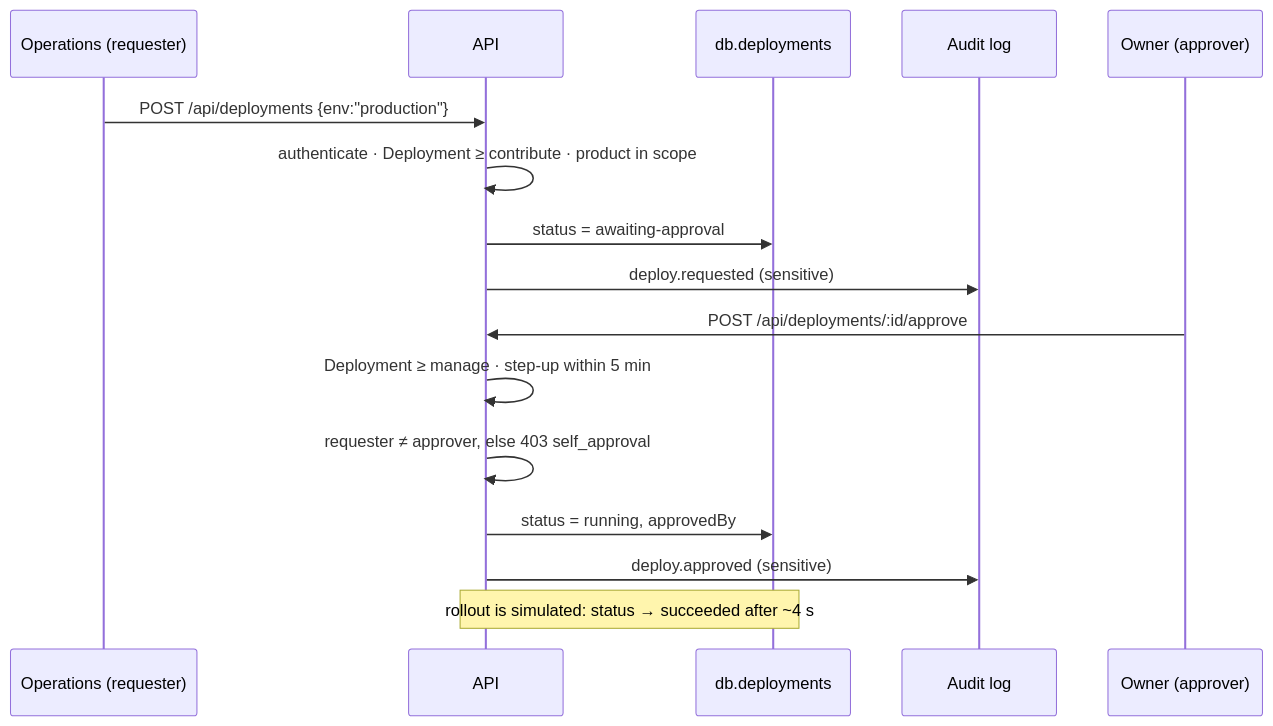
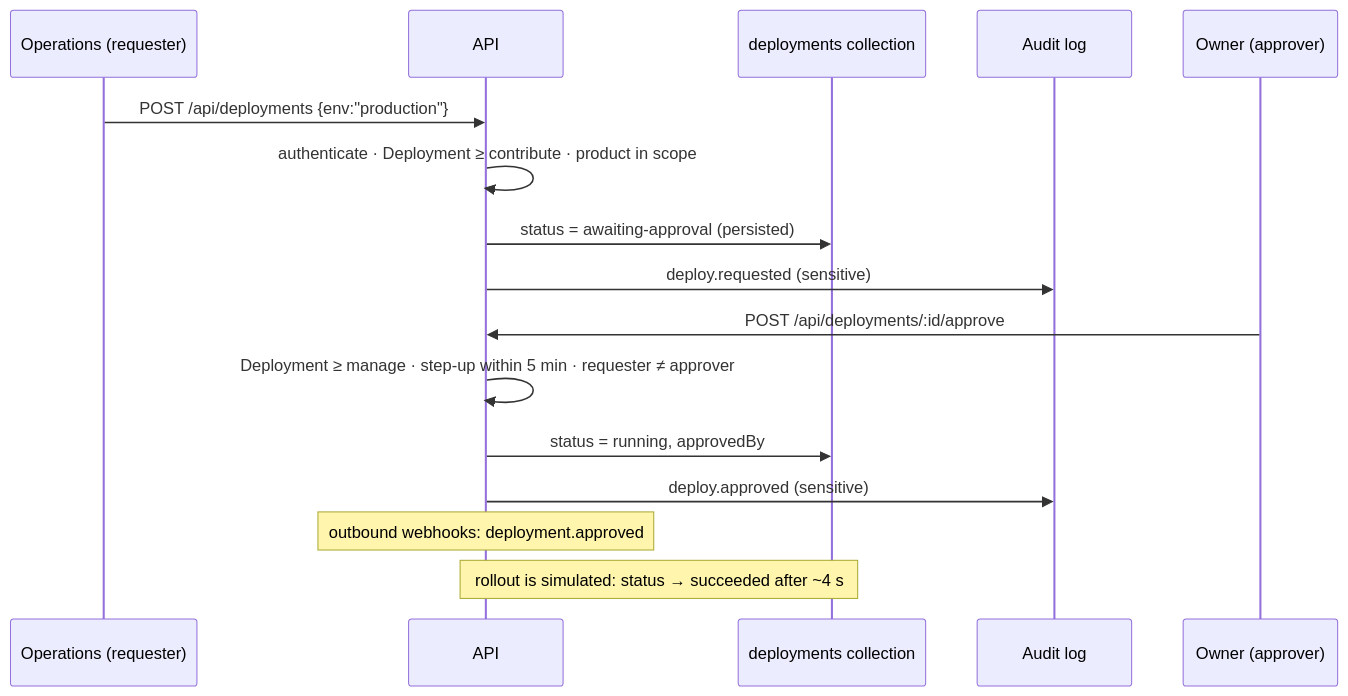
One commit to abongwacelestin-jasper/DEVhQQ changed the third of 4 diagrams in docs/architecture/overview.md. Above: the diagram before and after it, drawn with Mermaid. The commit also changed other lines of this file and 55 other files, not shown here.

````diff
--- a/docs/architecture/overview.md
+++ b/docs/architecture/overview.md
@@ -119,18 +130,18 @@
 ```mermaid
 sequenceDiagram
   participant Ops as Operations (requester)
   participant API
-  participant Store as db.deployments
+  participant Store as deployments collection
   participant Audit as Audit log
   participant Owner as Owner (approver)
   Ops->>API: POST /api/deployments {env:"production"}
   API->>API: authenticate · Deployment ≥ contribute · product in scope
-  API->>Store: status = awaiting-approval
+  API->>Store: status = awaiting-approval (persisted)
   API->>Audit: deploy.requested (sensitive)
   Owner->>API: POST /api/deployments/:id/approve
-  API->>API: Deployment ≥ manage · step-up within 5 min
-  API->>API: requester ≠ approver, else 403 self_approval
+  API->>API: Deployment ≥ manage · step-up within 5 min · requester ≠ approver
   API->>Store: status = running, approvedBy
   API->>Audit: deploy.approved (sensitive)
+  Note over API: outbound webhooks: deployment.approved
   Note over API,Store: rollout is simulated: status → succeeded after ~4 s
 ```
````
